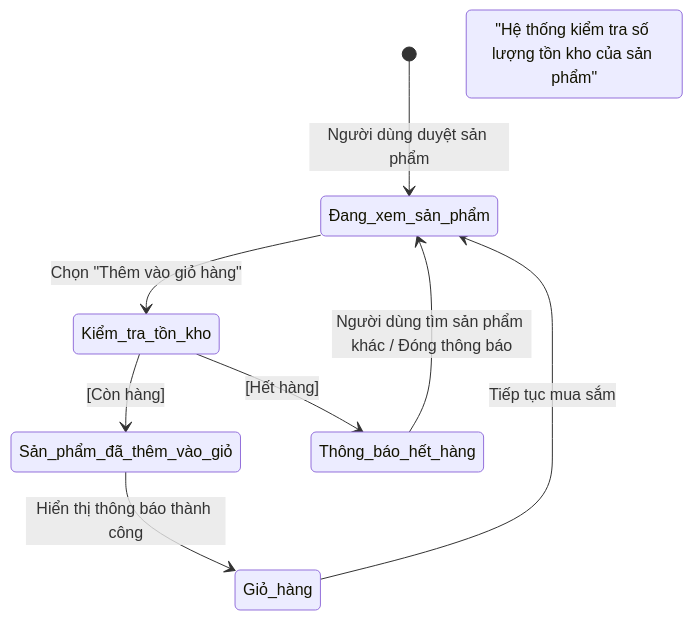
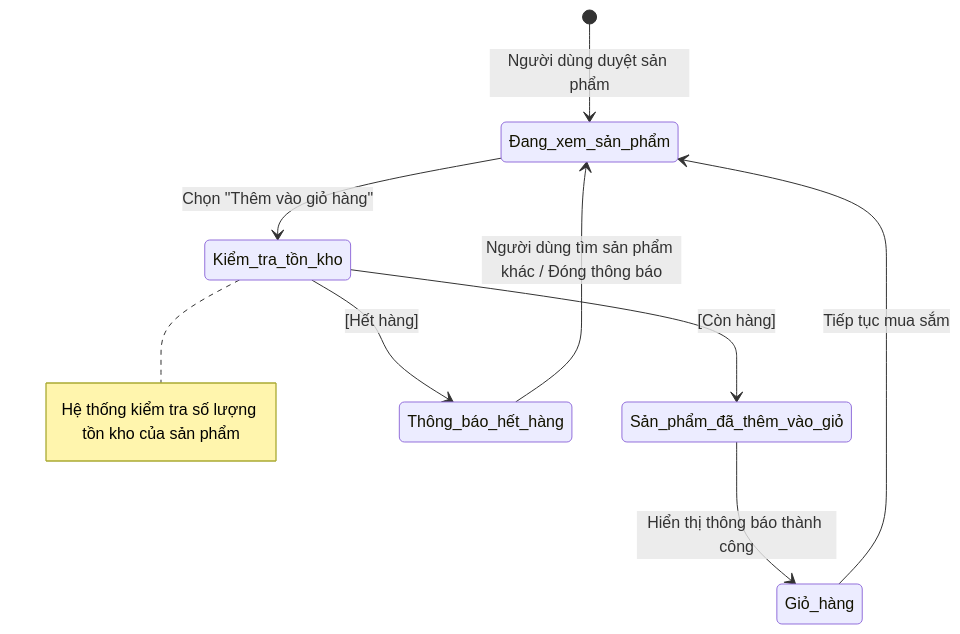
One commit to hungtran3011/SAD-uml changed the diagram in state-machine/add_item_to_cart.mmd. Above: the diagram before and after it, drawn with Mermaid. The commit also changed 1 other file, not shown here.

```diff
--- a/state-machine/add_item_to_cart.mmd
+++ b/state-machine/add_item_to_cart.mmd
@@ -1,17 +1,17 @@
 stateDiagram
     [*] --> Đang_xem_sản_phẩm: Người dùng duyệt sản phẩm
 
     Đang_xem_sản_phẩm --> Kiểm_tra_tồn_kho: Chọn "Thêm vào giỏ hàng"
 
     state Kiểm_tra_tồn_kho <<choice>>
-        Ghi_chú_Kiểm_tra: "Hệ thống kiểm tra số lượng tồn kho của sản phẩm"
+        note right of Kiểm_tra_tồn_kho: Hệ thống kiểm tra số lượng tồn kho của sản phẩm
         Kiểm_tra_tồn_kho --> Sản_phẩm_đã_thêm_vào_giỏ: [Còn hàng]
         Kiểm_tra_tồn_kho --> Thông_báo_hết_hàng: [Hết hàng]
 
     Thông_báo_hết_hàng --> Đang_xem_sản_phẩm: Người dùng tìm sản phẩm khác / Đóng thông báo
 
     Sản_phẩm_đã_thêm_vào_giỏ --> Giỏ_hàng: Hiển thị thông báo thành công
 
 
 
     Giỏ_hàng --> Đang_xem_sản_phẩm: Tiếp tục mua sắm
```
